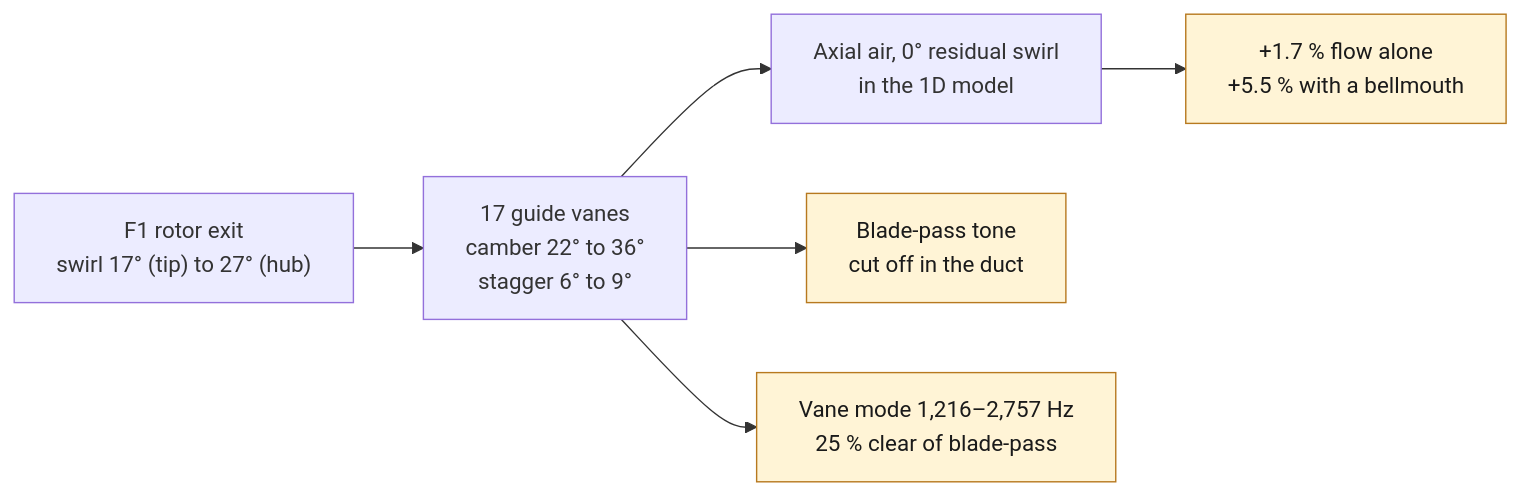
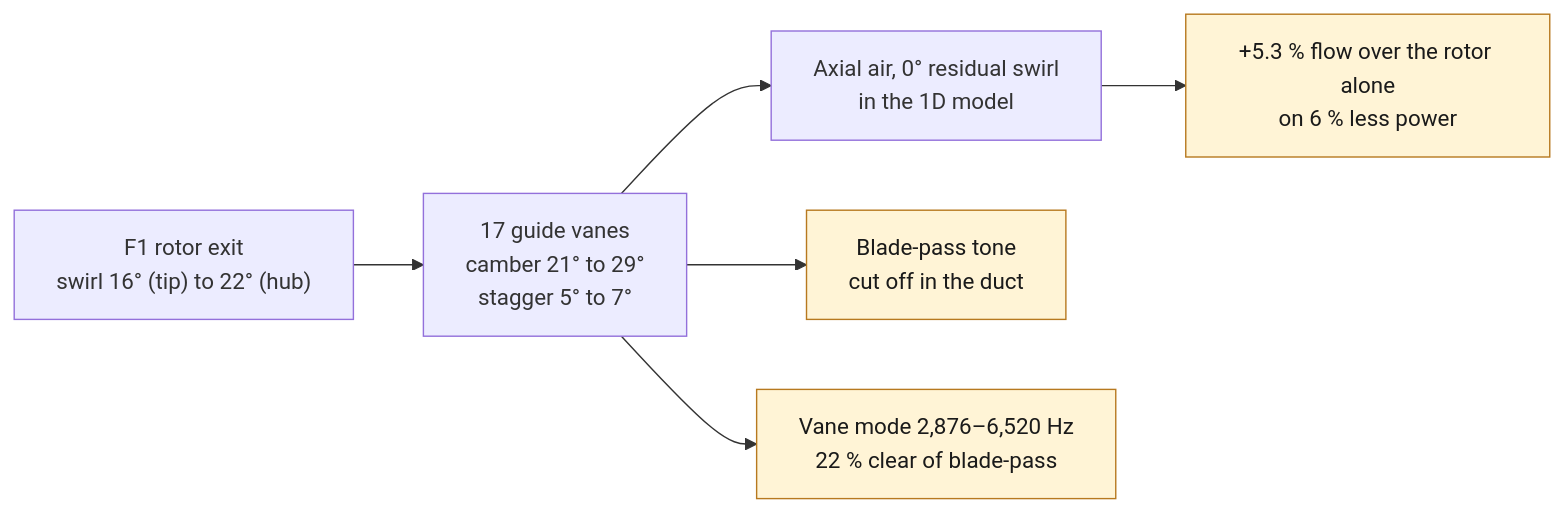
One commit to cluster2600/porscheparts changed the diagram in docs/993/993_FAN_STATOR_ALSI10MG_F1.md. Above: the diagram before and after it, drawn with Mermaid. The commit also changed other lines of this file and 29 other files, not shown here.

````diff
--- a/docs/993/993_FAN_STATOR_ALSI10MG_F1.md
+++ b/docs/993/993_FAN_STATOR_ALSI10MG_F1.md
@@ -13,10 +15,10 @@
 ```mermaid
 flowchart LR
-  R["F1 rotor exit<br/>swirl 17° (tip) to 27° (hub)"] --> V["17 guide vanes<br/>camber 22° to 36°<br/>stagger 6° to 9°"]
+  R["F1 rotor exit<br/>swirl 16° (tip) to 22° (hub)"] --> V["17 guide vanes<br/>camber 21° to 29°<br/>stagger 5° to 7°"]
   V --> A["Axial air, 0° residual swirl<br/>in the 1D model"]
-  A --> G["+1.7 % flow alone<br/>+5.5 % with a bellmouth"]
+  A --> G["+5.3 % flow over the rotor alone<br/>on 6 % less power"]
   V --> T["Blade-pass tone<br/>cut off in the duct"]
-  V --> M["Vane mode 1,216–2,757 Hz<br/>25 % clear of blade-pass"]
+  V --> M["Vane mode 2,876–6,520 Hz<br/>22 % clear of blade-pass"]
   class G,T,M open
   classDef open fill:#fff4d6,stroke:#b7791f,color:#1a1a1a;
 ```
````
